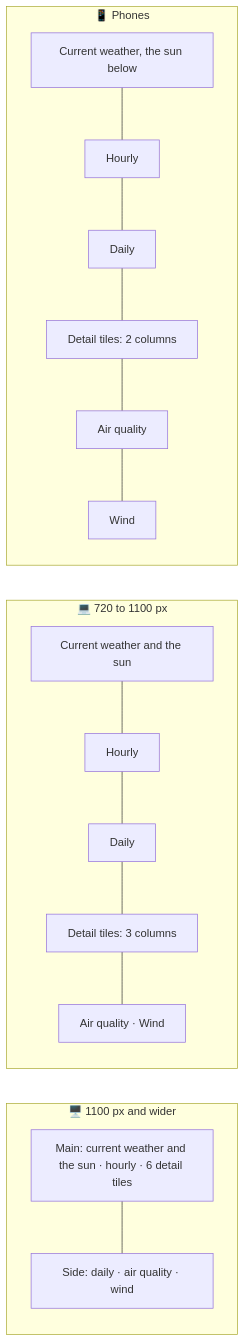
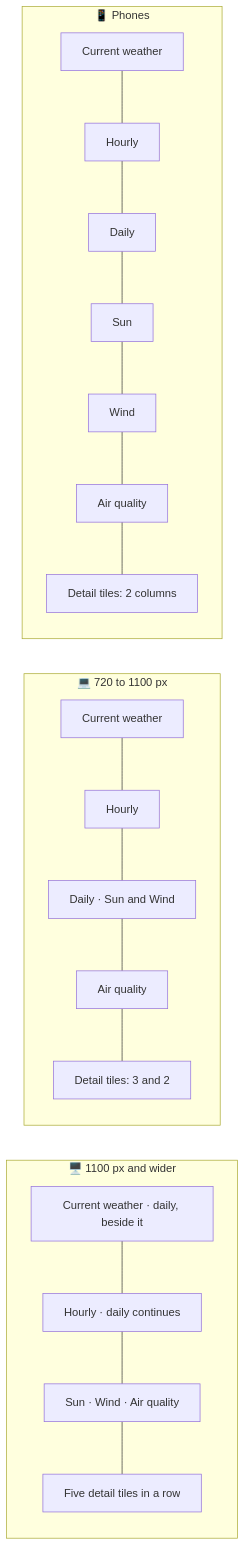
One commit to sacrificed666/next-weather-app changed the diagram in docs/design.md. Above: the diagram before and after it, drawn with Mermaid. The commit also changed other lines of this file and 39 other files, not shown here.

````diff
--- a/docs/design.md
+++ b/docs/design.md
@@ -15,15 +15,15 @@
 ```mermaid
 flowchart LR
   subgraph Wide["🖥️ 1100 px and wider"]
     direction TB
-    W1["Main: current weather and the sun · hourly · 6 detail tiles"] --- W2["Side: daily · air quality · wind"]
+    W1["Current weather · daily, beside it"] --- W2["Hourly · daily continues"] --- W3["Sun · Wind · Air quality"] --- W4["Five detail tiles in a row"]
   end
   subgraph Tablet["💻 720 to 1100 px"]
     direction TB
-    T1[Current weather and the sun] --- T2[Hourly] --- T3[Daily] --- T4["Detail tiles: 3 columns"] --- T5["Air quality · Wind"]
+    T1[Current weather] --- T2[Hourly] --- T3["Daily · Sun and Wind"] --- T4[Air quality] --- T5["Detail tiles: 3 and 2"]
   end
   subgraph Phone["📱 Phones"]
     direction TB
-    P1[Current weather, the sun below] --- P2[Hourly] --- P3[Daily] --- P4["Detail tiles: 2 columns"] --- P5[Air quality] --- P6[Wind]
+    P1[Current weather] --- P2[Hourly] --- P3[Daily] --- P4[Sun] --- P5[Wind] --- P6[Air quality] --- P7["Detail tiles: 2 columns"]
   end
 ```
````
